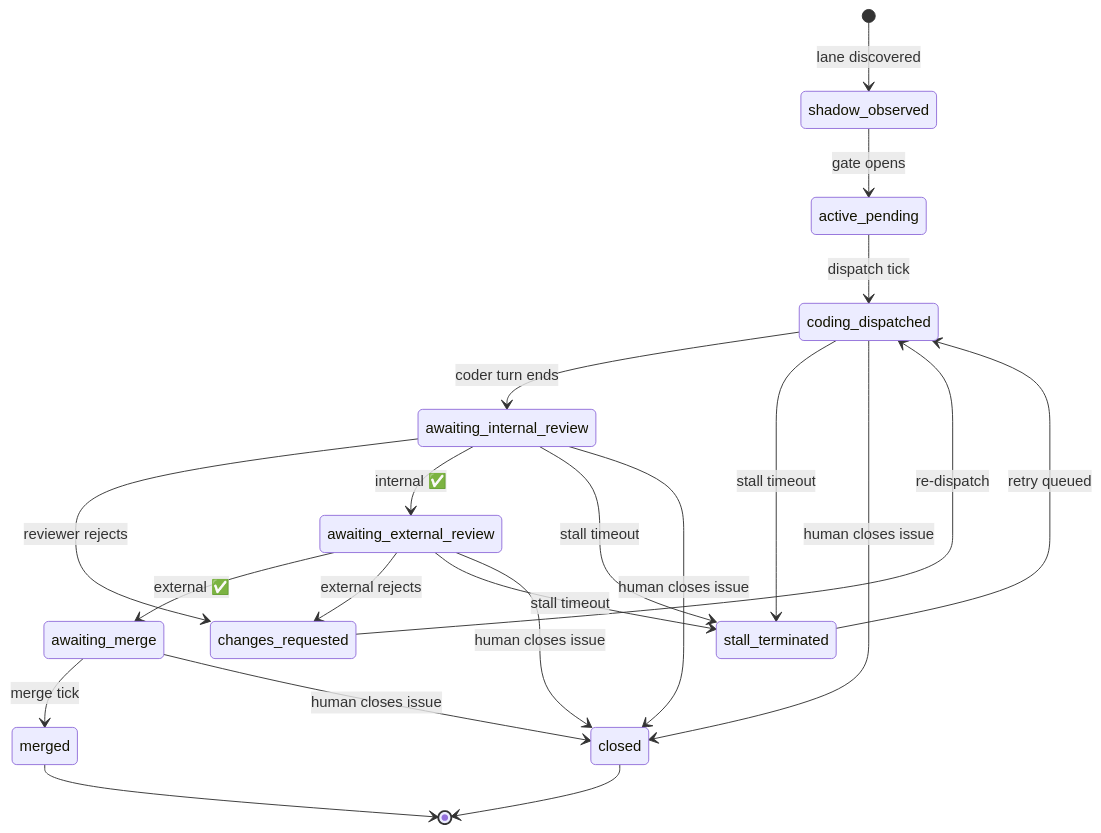
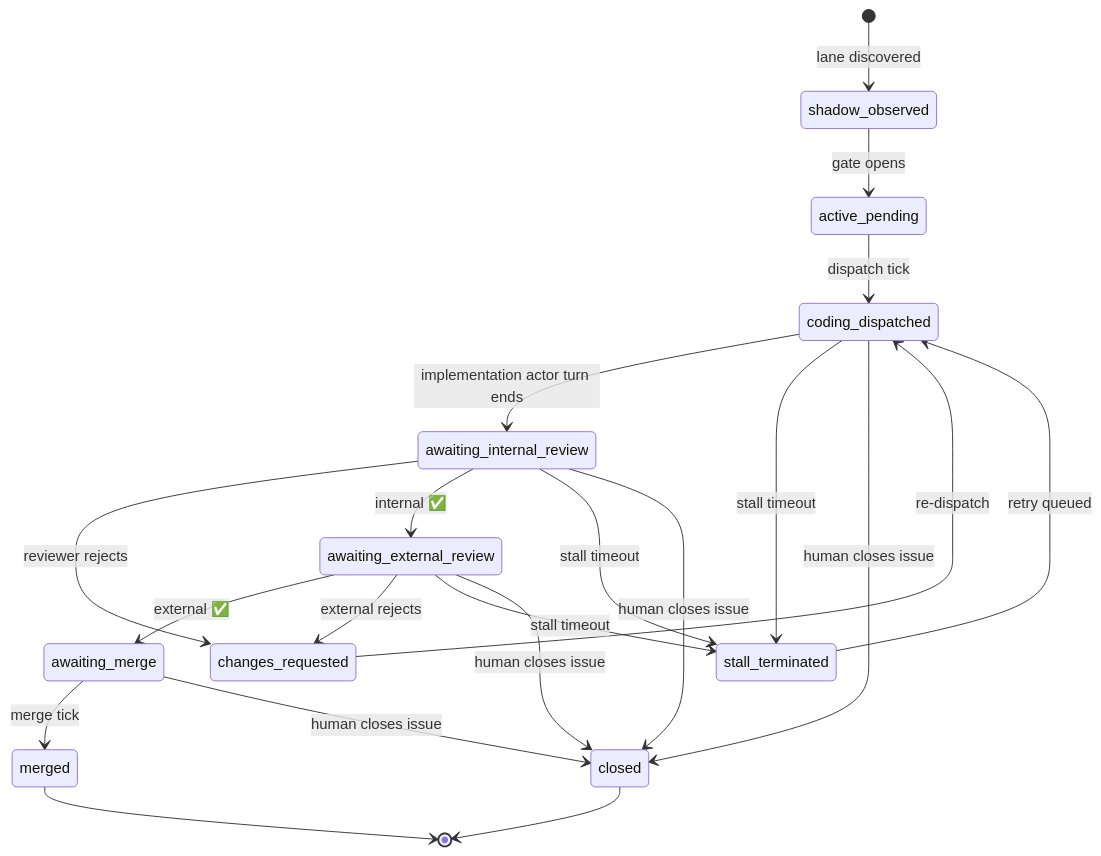
The first of 2 diagrams in docs/concepts/lanes.md (moustafattia/daedalus), drawn with Mermaid before and after one commit. The commit also changed 24 other files, not shown here.

````diff
--- a/docs/concepts/lanes.md
+++ b/docs/concepts/lanes.md
@@ -7,25 +7,25 @@
 ```mermaid
 stateDiagram-v2
     [*] --> shadow_observed: lane discovered
     shadow_observed --> active_pending: gate opens
     active_pending --> coding_dispatched: dispatch tick
-    coding_dispatched --> awaiting_internal_review: coder turn ends
+    coding_dispatched --> awaiting_internal_review: implementation actor turn ends
     awaiting_internal_review --> changes_requested: reviewer rejects
     changes_requested --> coding_dispatched: re-dispatch
     awaiting_internal_review --> awaiting_external_review: internal ✅
     awaiting_external_review --> awaiting_merge: external ✅
     awaiting_external_review --> changes_requested: external rejects
     awaiting_merge --> merged: merge tick
     merged --> [*]
 
     coding_dispatched --> stall_terminated: stall timeout
     stall_terminated --> coding_dispatched: retry queued
     awaiting_internal_review --> stall_terminated: stall timeout
     awaiting_external_review --> stall_terminated: stall timeout
 
     coding_dispatched --> closed: human closes issue
     awaiting_internal_review --> closed: human closes issue
     awaiting_external_review --> closed: human closes issue
     awaiting_merge --> closed: human closes issue
     closed --> [*]
 ```
````
